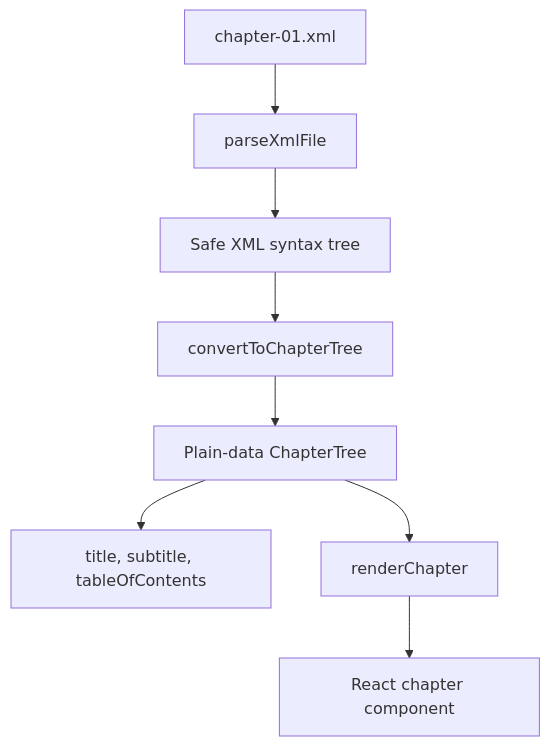
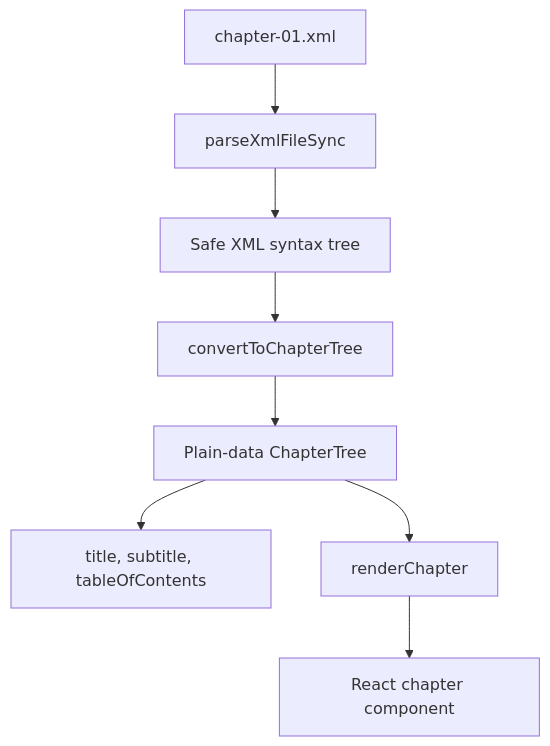
One commit to Monash-Mosaic/IFRC_Report changed the diagram in src/lib/xml-chapter/README.md. Above: the diagram before and after it, drawn with Mermaid. The commit also changed other lines of this file and 3 other files, not shown here.

````diff
--- a/src/lib/xml-chapter/README.md
+++ b/src/lib/xml-chapter/README.md
@@ -11,10 +11,10 @@
 ```mermaid
 flowchart TD
-    XML[chapter-01.xml] --> PARSE[parseXmlFile]
+    XML[chapter-01.xml] --> PARSE[parseXmlFileSync]
     PARSE --> AST[Safe XML syntax tree]
     AST --> TREE[convertToChapterTree]
     TREE --> DATA[Plain-data ChapterTree]
     DATA --> META[title, subtitle, tableOfContents]
     DATA --> RENDER[renderChapter]
     RENDER --> COMPONENT[React chapter component]
 ```
````
